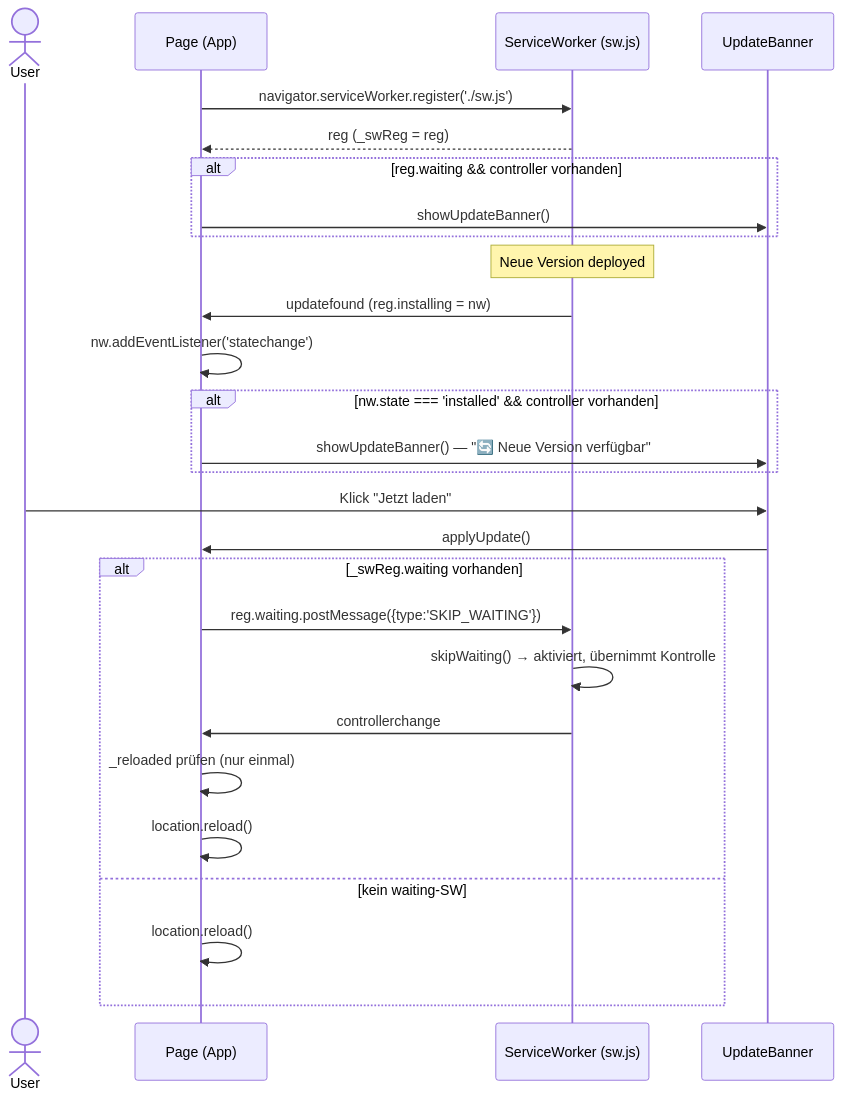
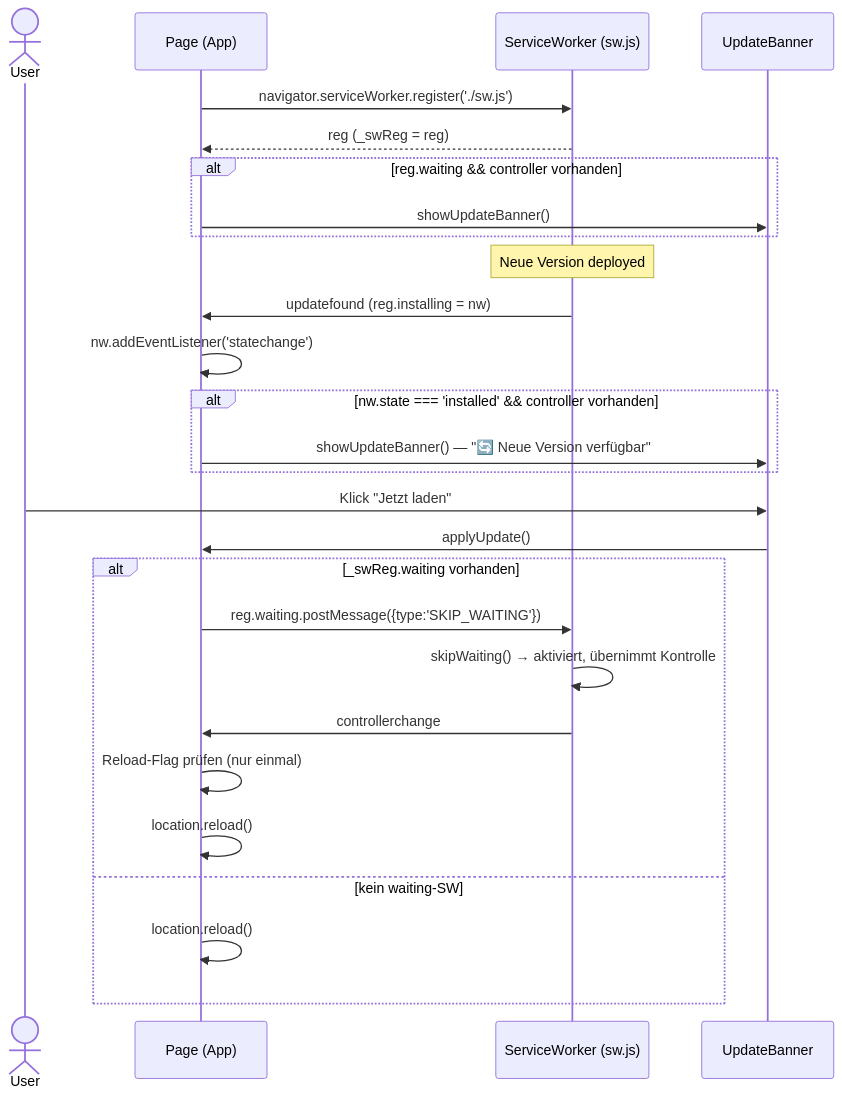
The sixth of 7 diagrams in docs/DESIGN.md (Ricci73/motorrad-serviceheft), drawn with Mermaid before and after one commit. The commit also changed other lines of this file, not shown here.

Commit message:
fix: Mermaid-Sequenzdiagramme (Operatoren/Vergleiche in Messages umformuliert, Render-Fehler behoben)

````diff
--- a/docs/DESIGN.md
+++ b/docs/DESIGN.md
@@ -487,33 +487,33 @@
 ```mermaid
 sequenceDiagram
     actor User
     participant Page as Page (App)
     participant SW as ServiceWorker (sw.js)
     participant Banner as UpdateBanner
 
     Page->>SW: navigator.serviceWorker.register('./sw.js')
     SW-->>Page: reg (_swReg = reg)
 
     alt reg.waiting && controller vorhanden
         Page->>Banner: showUpdateBanner()
     end
 
     Note over SW: Neue Version deployed
     SW->>Page: updatefound (reg.installing = nw)
     Page->>Page: nw.addEventListener('statechange')
     alt nw.state === 'installed' && controller vorhanden
         Page->>Banner: showUpdateBanner() — "🔄 Neue Version verfügbar"
     end
 
     User->>Banner: Klick "Jetzt laden"
     Banner->>Page: applyUpdate()
     alt _swReg.waiting vorhanden
         Page->>SW: reg.waiting.postMessage({type:'SKIP_WAITING'})
         SW->>SW: skipWaiting() → aktiviert, übernimmt Kontrolle
         SW->>Page: controllerchange
-        Page->>Page: _reloaded prüfen (nur einmal)
+        Page->>Page: Reload-Flag prüfen (nur einmal)
         Page->>Page: location.reload()
     else kein waiting-SW
         Page->>Page: location.reload()
     end
 ```
````
